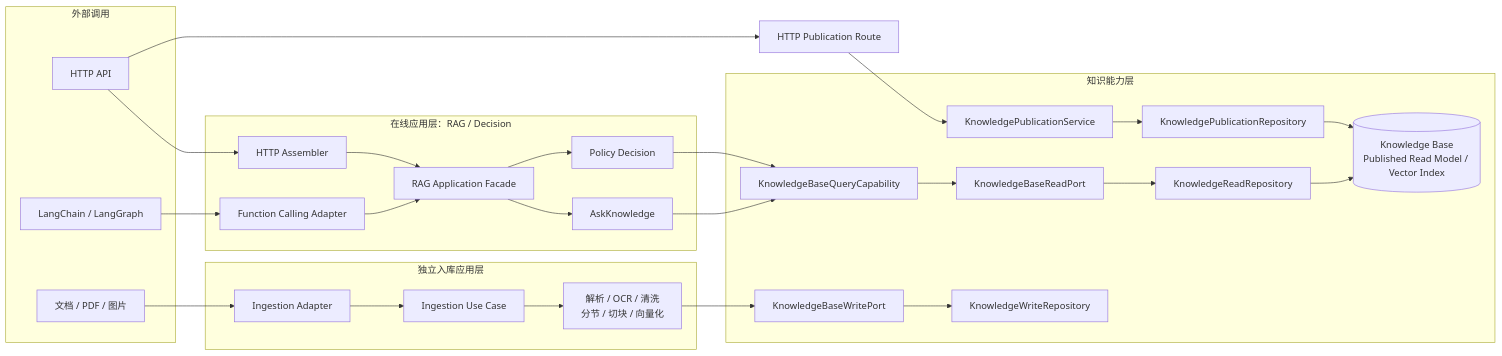
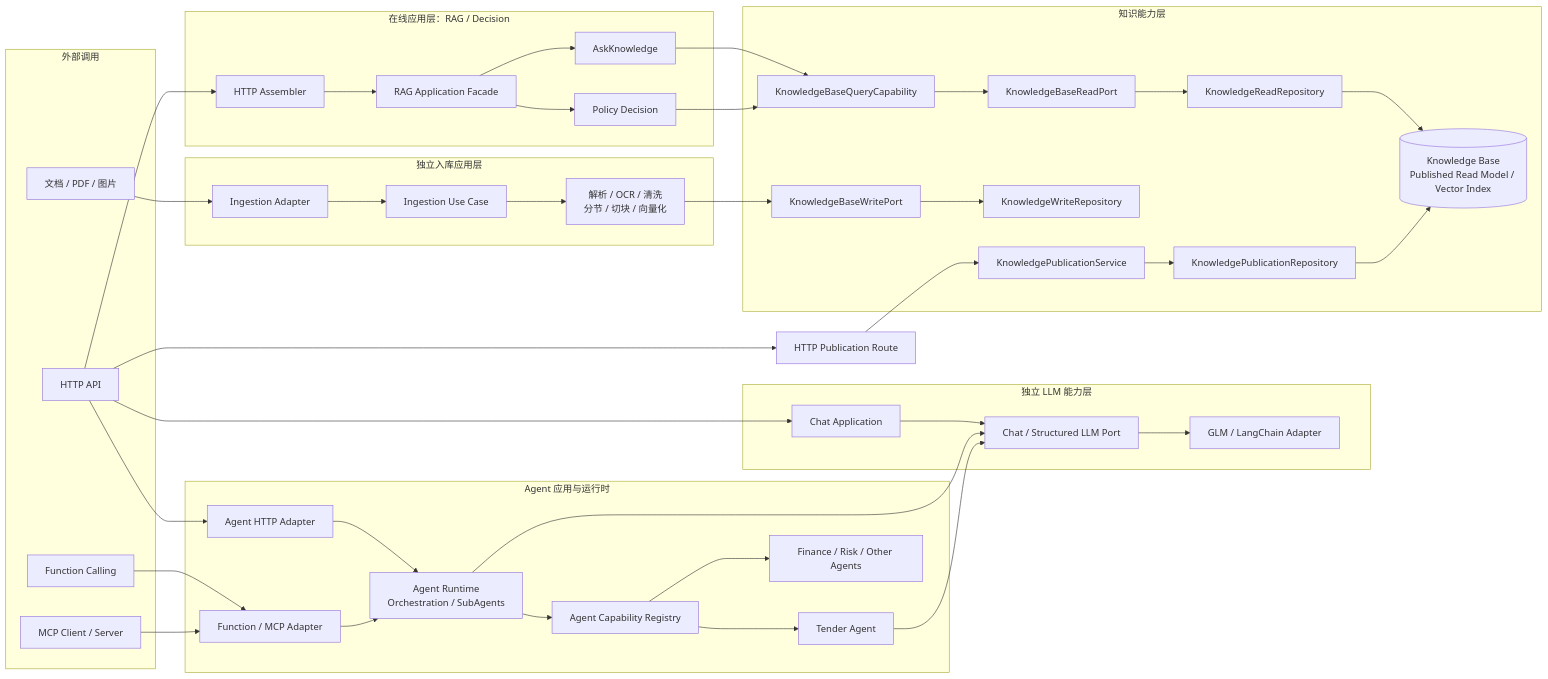
Before and after one commit to Hr222/bid-document-agent: the third of 3 diagrams in ARCHITECTURE.md, drawn with Mermaid. The commit also changed other lines of this file and 31 other files, not shown here.

````diff
--- a/ARCHITECTURE.md
+++ b/ARCHITECTURE.md
@@ -200,13 +269,28 @@
 flowchart LR
     subgraph External["外部调用"]
         HTTP["HTTP API"]
-        Agent["LangChain / LangGraph"]
+        FunctionCalling["Function Calling"]
+        MCP["MCP Client / Server"]
         Source["文档 / PDF / 图片"]
+    end
+
+    subgraph Llm["独立 LLM 能力层"]
+        Chat["Chat Application"]
+        LlmPort["Chat / Structured LLM Port"]
+        LlmAdapter["GLM / LangChain Adapter"]
+    end
+
+    subgraph Agent["Agent 应用与运行时"]
+        AgentHttp["Agent HTTP Adapter"]
+        AgentProtocol["Function / MCP Adapter"]
+        Runtime["Agent Runtime<br/>Orchestration / SubAgents"]
+        Registry["Agent Capability Registry"]
+        Tender["Tender Agent"]
+        OtherAgents["Finance / Risk / Other Agents"]
     end
 
     subgraph Online["在线应用层：RAG / Decision"]
         HttpAdapter["HTTP Assembler"]
-        ToolAdapter["Function Calling Adapter"]
         Facade["RAG Application Facade"]
         Ask["AskKnowledge"]
         Decision["Policy Decision"]
@@ -231,12 +315,22 @@
 
     PublicationHttp["HTTP Publication Route"]
 
+    HTTP --> Chat
+    HTTP --> AgentHttp
     HTTP --> HttpAdapter
     HTTP --> PublicationHttp
-    Agent --> ToolAdapter
+    FunctionCalling --> AgentProtocol
+    MCP --> AgentProtocol
 
+    Chat --> LlmPort
+    AgentHttp --> Runtime
+    AgentProtocol --> Runtime
+    Runtime --> LlmPort
+    Runtime --> Registry
+    Registry --> Tender
+    Registry --> OtherAgents
+    Tender --> LlmPort
     HttpAdapter --> Facade
-    ToolAdapter --> Facade
     Facade --> Ask
     Facade --> Decision
 
@@ -254,4 +348,5 @@
     PublicationHttp --> Publish
     Publish --> PublishRepo
     PublishRepo --> Store
+    LlmPort --> LlmAdapter
 ```
````
